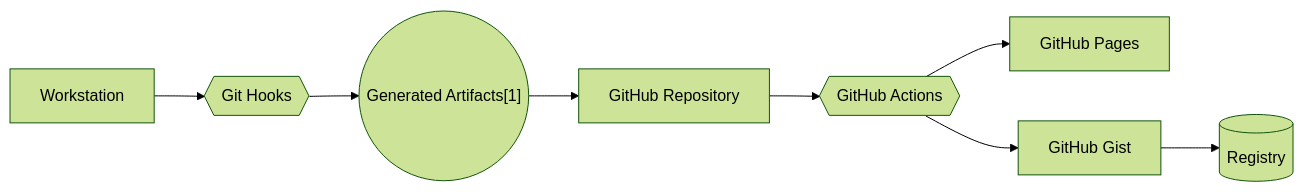
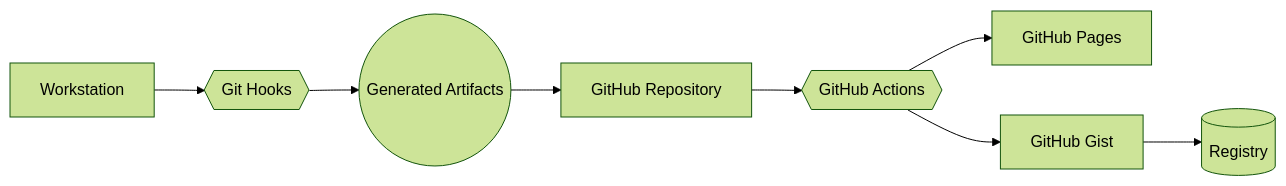
Before and after one commit to weshenderson/weshenderson.github.io: the diagram in README.md, drawn with Mermaid (forest theme).

Commit message:
Expanding notes.

````diff
--- a/README.md
+++ b/README.md
@@ -11,18 +11,18 @@
 ```mermaid
 flowchart LR
     A[Workstation] --> B{{Git Hooks}}
 
-    B --> D(("Generated Artifacts[1]"))
+    B --> D(("Generated Artifacts"))
 
     D --> F[GitHub Repository]
 
     F --> G{{GitHub Actions}}
 
     G --> H[GitHub Pages]
     G --> I[GitHub Gist]
 
     I --> J[(Registry)]
 
     %% Link the node to the footnote anchor
     click D "#user-content-fn-1" "Go to footnote"
 ```
````
